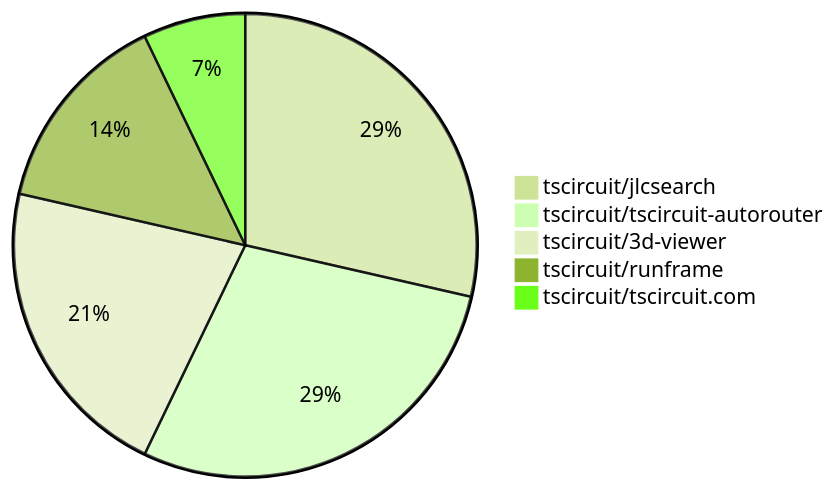
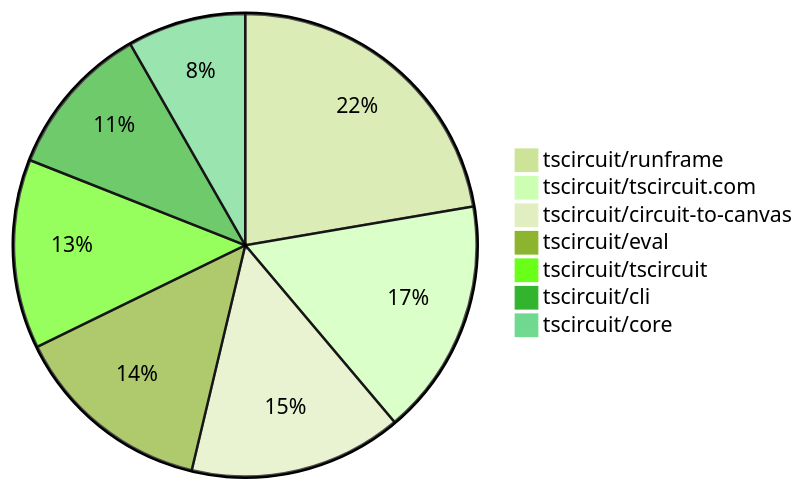
The second of 2 diagrams in contribution-overviews/2025-12-17.md (tscircuit/contribution-tracker), drawn with Mermaid (forest theme) before and after one commit. The commit also changed other lines of this file and 3 other files, not shown here.

````diff
--- a/contribution-overviews/2025-12-17.md
+++ b/contribution-overviews/2025-12-17.md
@@ -62,8 +85,10 @@
 ```mermaid
 pie
-    "tscircuit/jlcsearch" : 4
-    "tscircuit/tscircuit-autorouter" : 4
-    "tscircuit/3d-viewer" : 3
-    "tscircuit/runframe" : 2
-    "tscircuit/tscircuit.com" : 1
+    "tscircuit/runframe" : 27
+    "tscircuit/tscircuit.com" : 20
+    "tscircuit/circuit-to-canvas" : 18
+    "tscircuit/eval" : 17
+    "tscircuit/tscircuit" : 16
+    "tscircuit/cli" : 13
+    "tscircuit/core" : 10
 ```
````
